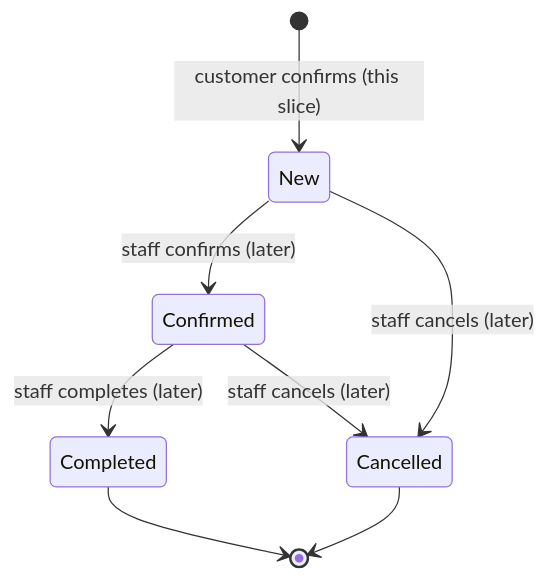
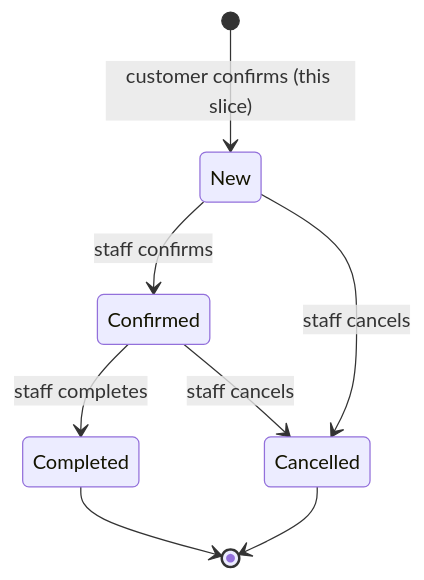
Before and after one commit to cuongtq4998/banhapp: the second of 2 diagrams in docs/system/order-lifecycle.md, drawn with Mermaid. The commit also changed other lines of this file and 25 other files, not shown here.

Commit message:
atlas-architect: record owner decisions, technical answers (ADR-0022/26/27 Accepted)

````diff
--- a/docs/system/order-lifecycle.md
+++ b/docs/system/order-lifecycle.md
@@ -100,10 +100,10 @@
 ```mermaid
 stateDiagram-v2
     [*] --> New: customer confirms (this slice)
-    New --> Confirmed: staff confirms (later)
-    New --> Cancelled: staff cancels (later)
-    Confirmed --> Completed: staff completes (later)
-    Confirmed --> Cancelled: staff cancels (later)
+    New --> Confirmed: staff confirms
+    New --> Cancelled: staff cancels
+    Confirmed --> Completed: staff completes
+    Confirmed --> Cancelled: staff cancels
     Completed --> [*]
     Cancelled --> [*]
 ```
````
